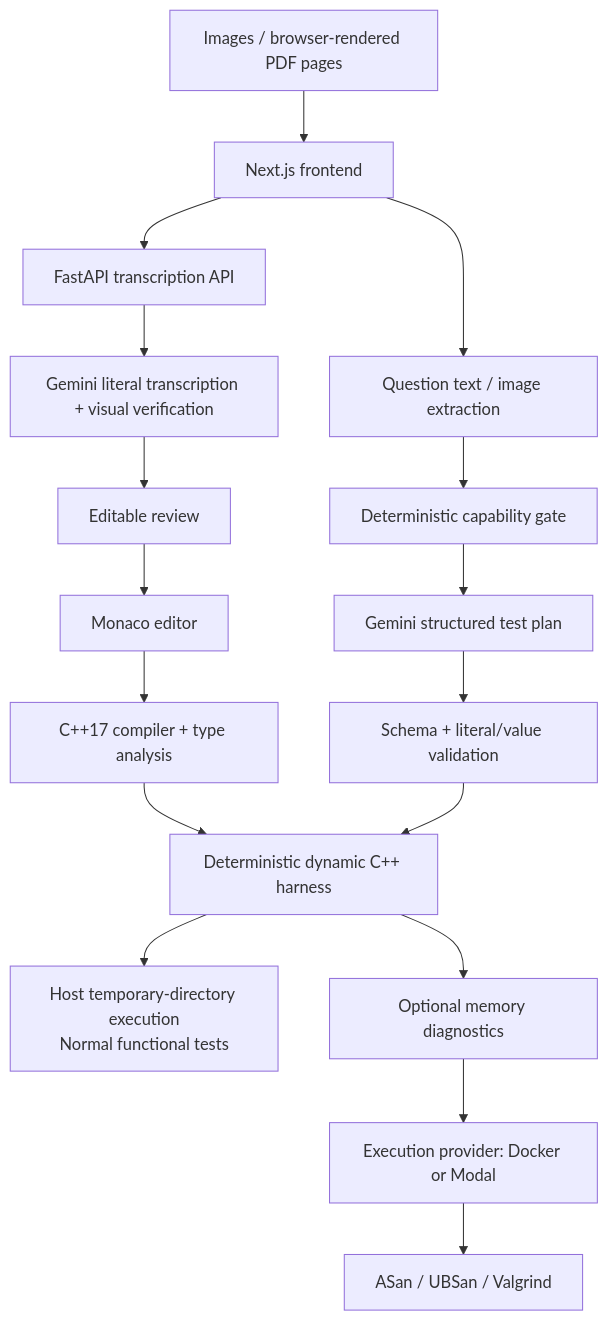
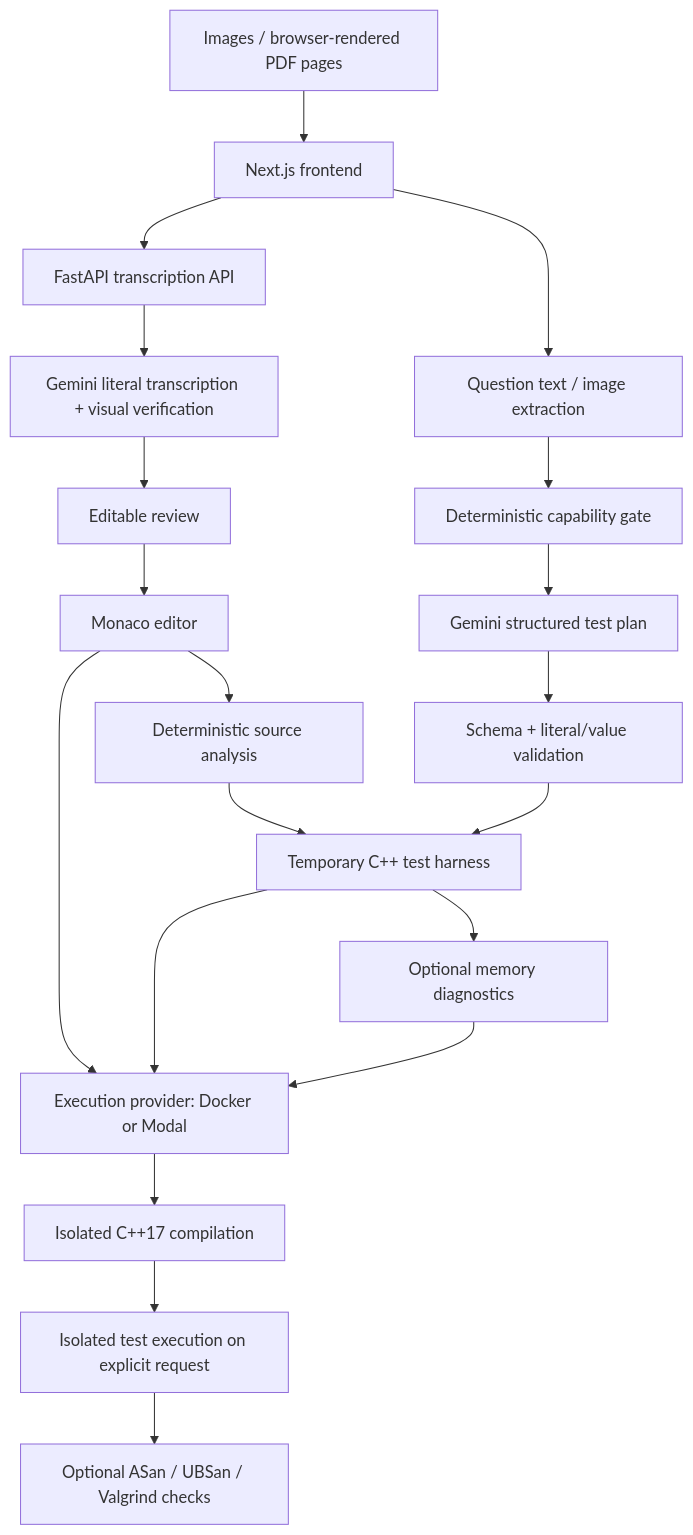
Before and after one commit to joshvsingh2901/ink-to-code: the first of 2 diagrams in README.md, drawn with Mermaid. The commit also changed other lines of this file and 3 other files, not shown here.

````diff
--- a/README.md
+++ b/README.md
@@ -42,22 +41,25 @@
 ```mermaid
 flowchart TD
     Upload["Images / browser-rendered PDF pages"] --> Frontend["Next.js frontend"]
     Frontend --> TranscriptionAPI["FastAPI transcription API"]
     TranscriptionAPI --> GeminiTranscription["Gemini literal transcription + visual verification"]
     GeminiTranscription --> Review["Editable review"]
     Review --> Monaco["Monaco editor"]
 
-    Monaco --> Compiler["C++17 compiler + type analysis"]
-    Compiler --> Harness["Deterministic dynamic C++ harness"]
-    Harness --> HostRun["Host temporary-directory execution<br/>Normal functional tests"]
+    Monaco --> Analysis["Deterministic source analysis"]
+    Analysis --> Harness["Temporary C++ test harness"]
+    Monaco --> Provider["Execution provider: Docker or Modal"]
+    Harness --> Provider
+    Provider --> Compiler["Isolated C++17 compilation"]
+    Compiler --> Run["Isolated test execution on explicit request"]
 
     Frontend --> Question["Question text / image extraction"]
     Question --> Capability["Deterministic capability gate"]
     Capability --> GeminiPlan["Gemini structured test plan"]
     GeminiPlan --> Validation["Schema + literal/value validation"]
     Validation --> Harness
 
     Harness --> Memory["Optional memory diagnostics"]
-    Memory --> Provider["Execution provider: Docker or Modal"]
-    Provider --> Tools["ASan / UBSan / Valgrind"]
+    Memory --> Provider
+    Run --> Tools["Optional ASan / UBSan / Valgrind checks"]
 ```
````
